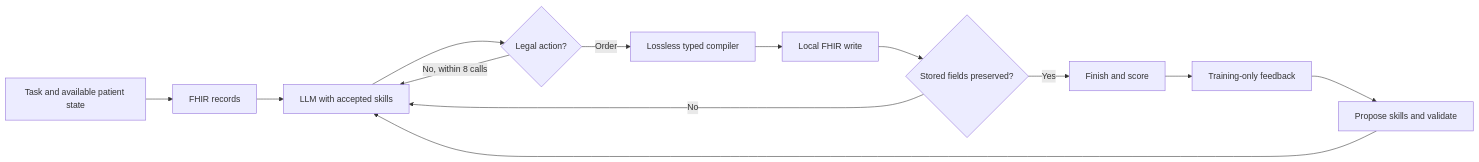
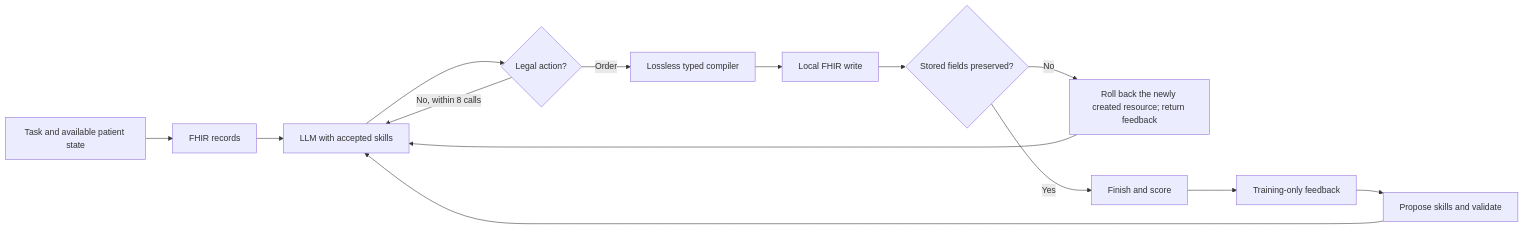
Before and after one commit to ZaneLing/PRISMATIC: the second of 2 diagrams in paper/RXRSI_DESIGN.en.md, drawn with Mermaid. The commit also changed other lines of this file and 45 other files, not shown here.

````diff
--- a/paper/RXRSI_DESIGN.en.md
+++ b/paper/RXRSI_DESIGN.en.md
@@ -60,15 +61,16 @@
 ```mermaid
 flowchart LR
   A[Task and available patient state] --> B[FHIR records]
   B --> C[LLM with accepted skills]
   C --> D{Legal action?}
   D -- No, within 8 calls --> C
   D -- Order --> E[Lossless typed compiler]
   E --> F[Local FHIR write]
   F --> G{Stored fields preserved?}
-  G -- No --> C
+  G -- No --> R[Roll back the newly created resource; return feedback]
+  R --> C
   G -- Yes --> H[Finish and score]
   H --> I[Training-only feedback]
   I --> J[Propose skills and validate]
   J --> C
 ```
````
